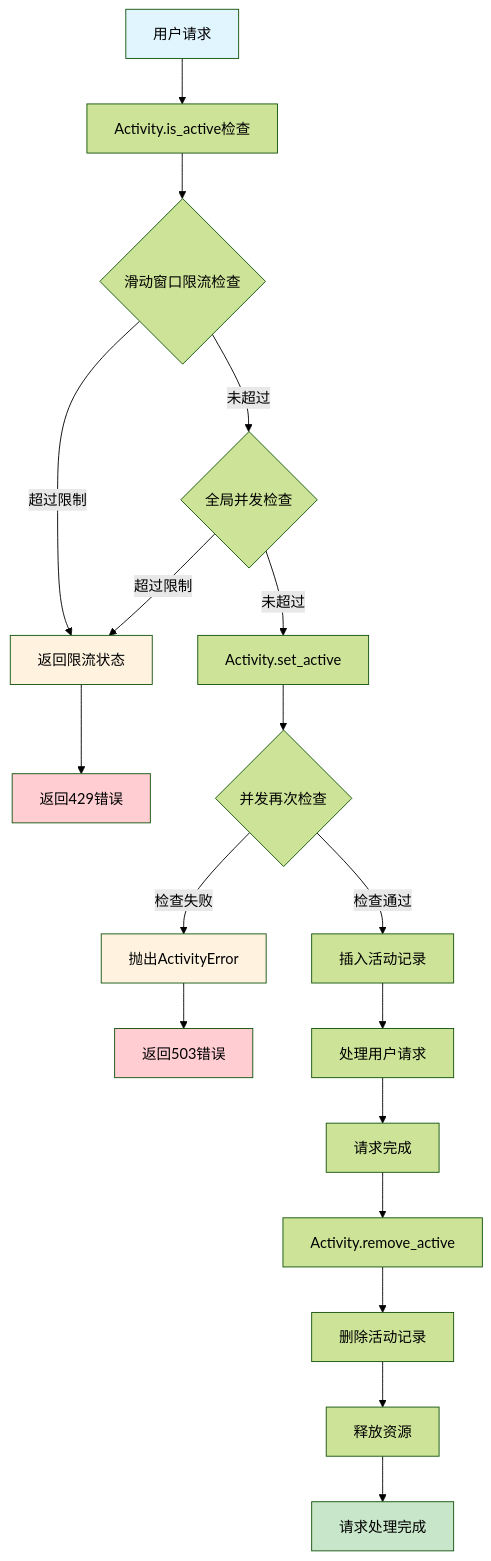
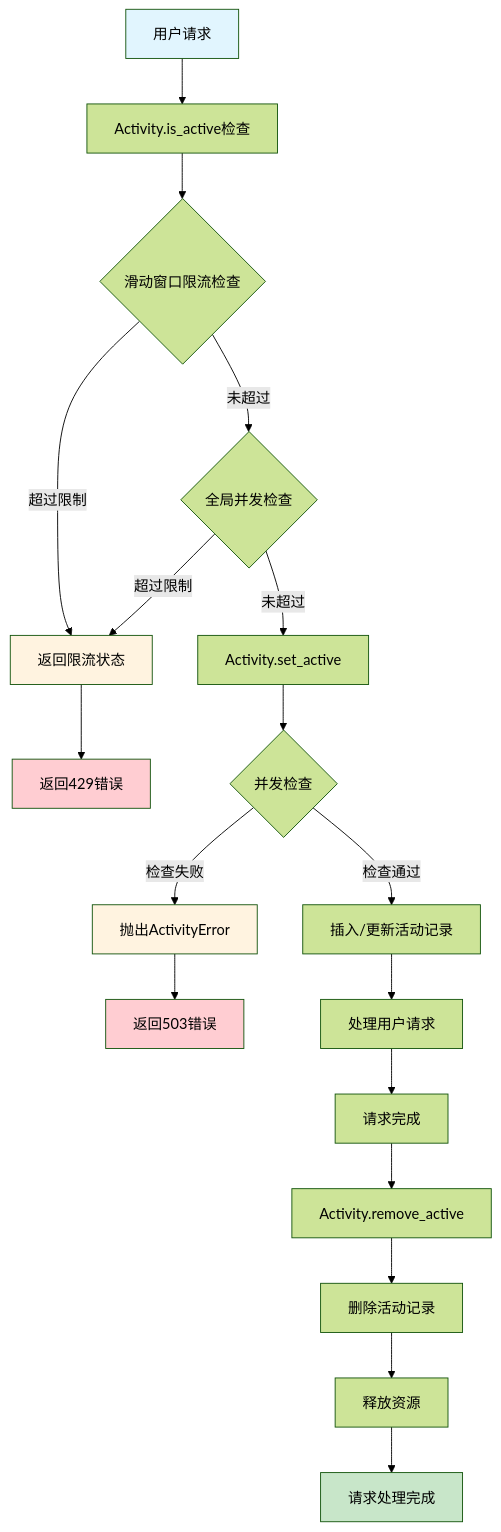
Before and after one commit to HongyuS/euler-copilot-framework: the third of 5 diagrams in design/services/activity.md, drawn with Mermaid (forest theme). The commit also changed other lines of this file and 7 other files, not shown here.

````diff
--- a/design/services/activity.md
+++ b/design/services/activity.md
@@ -142,32 +145,32 @@
 ```mermaid
 flowchart TD
     A[用户请求] --> B[Activity.is_active检查]
     
     B --> C{滑动窗口限流检查}
     C -->|超过限制| D[返回限流状态]
     C -->|未超过| E{全局并发检查}
     
     E -->|超过限制| D
     E -->|未超过| F[Activity.set_active]
     
-    F --> G{并发再次检查}
+    F --> G{并发检查}
     G -->|检查失败| H[抛出ActivityError]
-    G -->|检查通过| I[插入活动记录]
+    G -->|检查通过| I[插入/更新活动记录]
     
     I --> J[处理用户请求]
     J --> K[请求完成]
     K --> L[Activity.remove_active]
     L --> M[删除活动记录]
     M --> N[释放资源]
     
     D --> O[返回429错误]
     H --> P[返回503错误]
     N --> Q[请求处理完成]
     
     style A fill:#e1f5fe
     style Q fill:#c8e6c9
     style O fill:#ffcdd2
     style P fill:#ffcdd2
     style D fill:#fff3e0
     style H fill:#fff3e0
 ```
````
